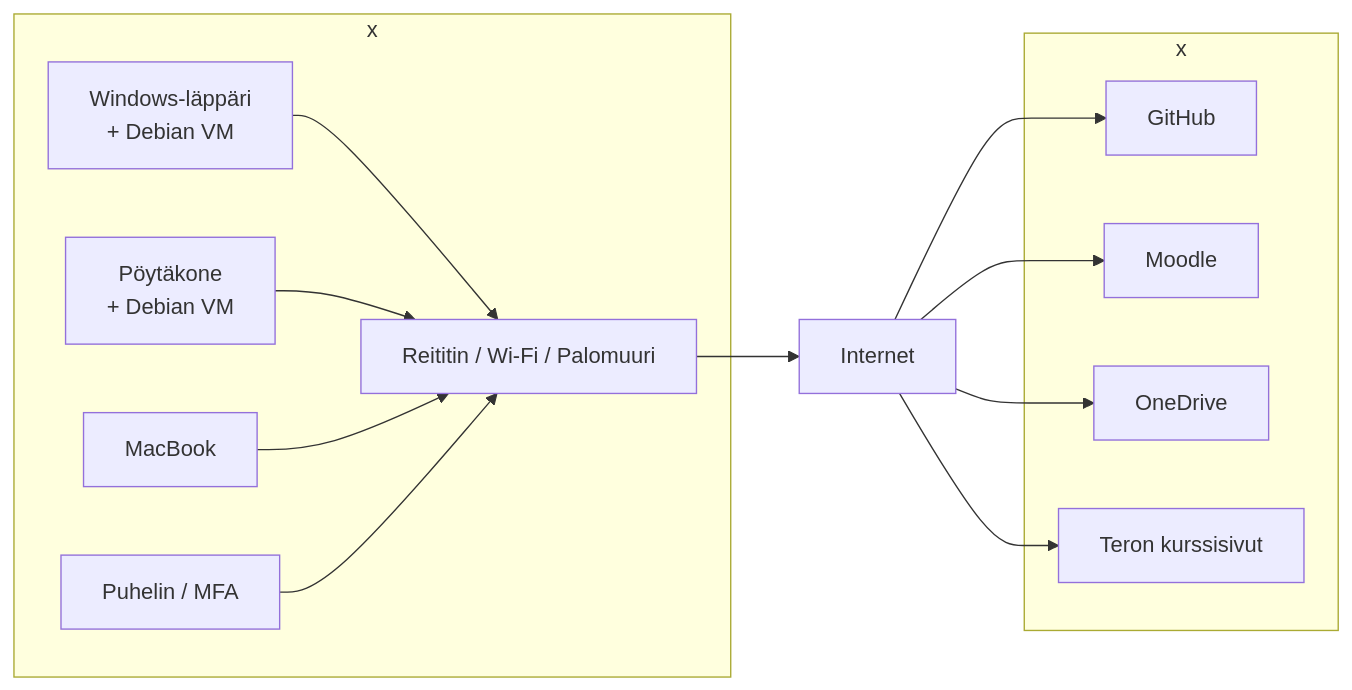
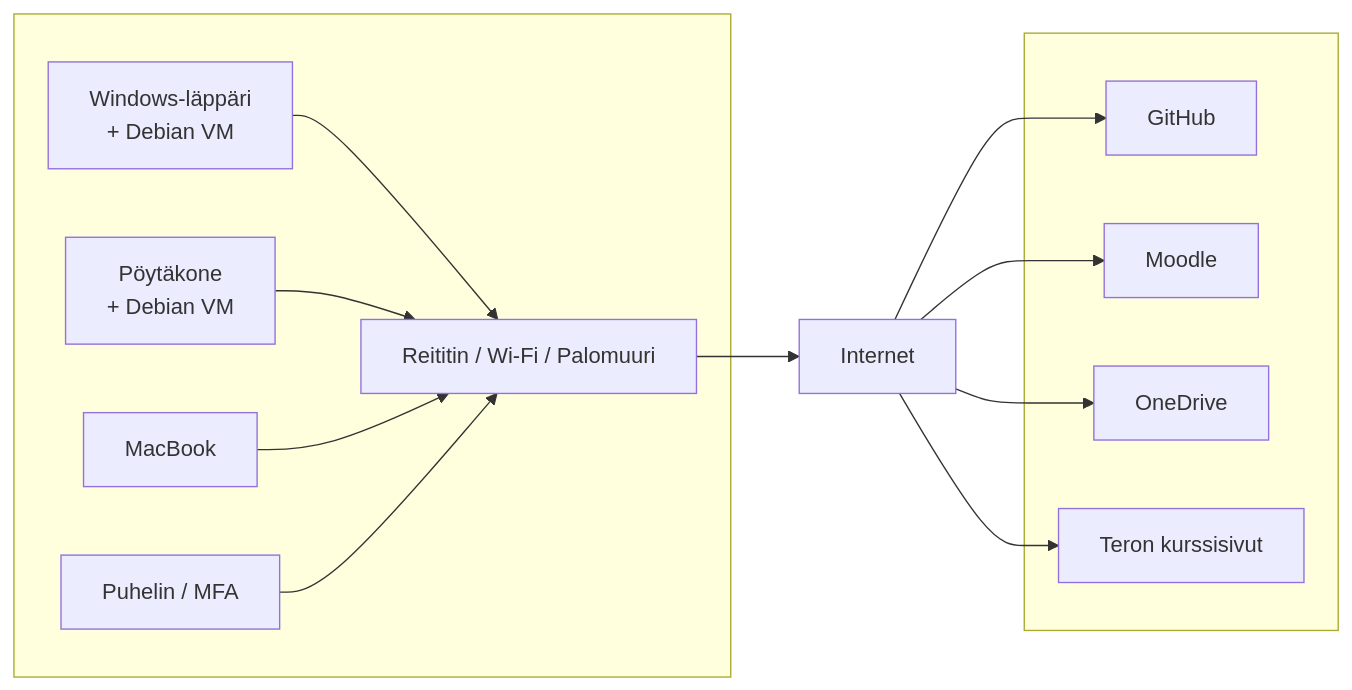
One commit to Ralchuu/sovellustenhakkerointi changed the diagram in h1.md. Above: the diagram before and after it, drawn with Mermaid.

````diff
--- a/h1.md
+++ b/h1.md
@@ -89,29 +89,29 @@
 ```mermaid
 flowchart LR
-    subgraph IN["x"]
+    subgraph IN[" "]
         Laptop["Windows-läppäri<br/>+ Debian VM"]
         Desktop["Pöytäkone<br/>+ Debian VM"]
         Mac["MacBook"]
         Phone["Puhelin / MFA"]
         Router["Reititin / Wi-Fi / Palomuuri"]
 
         Laptop --> Router
         Desktop --> Router
         Mac --> Router
         Phone --> Router
     end
 
     Router --> Internet["Internet"]
 
-    subgraph OUT["x"]
+    subgraph OUT[" "]
         GitHub["GitHub"]
         Moodle["Moodle"]
         OneDrive["OneDrive"]
         Tero["Teron kurssisivut"]
     end
 
     Internet --> GitHub
     Internet --> Moodle
     Internet --> OneDrive
     Internet --> Tero
 ```
````
